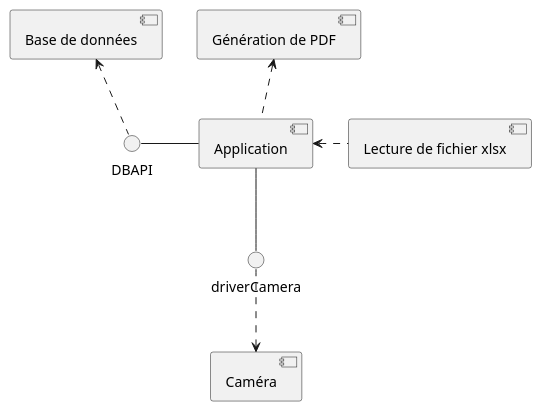
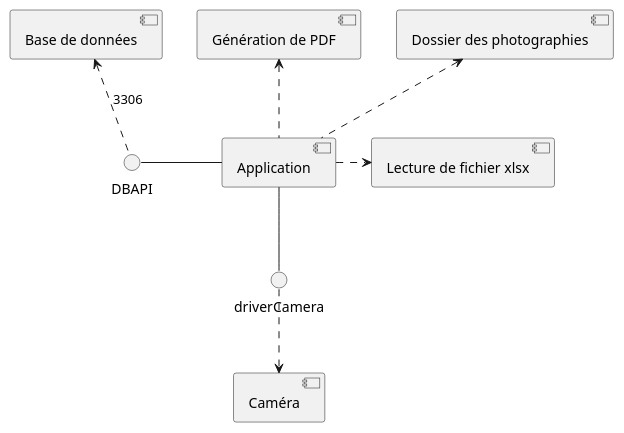
One commit to pandadorable/Trombinoscope changed the diagram in Diagrammes/composants.wsd. Above: the diagram before and after it, drawn with PlantUML.

Commit message:
fix : from csv to xlsx

```diff
--- a/Diagrammes/composants.wsd
+++ b/Diagrammes/composants.wsd
@@ -1,14 +1,16 @@
 @startuml Diagrame composants
 [Base de données]
 [Caméra]
+[Dossier des photographies] as dossier
 [Génération de PDF] as pdf
 [Lecture de fichier xlsx] as xls
 interface driverCamera
 
 DBAPI - [Application]
 driverCamera -up- [Application]
 driverCamera .down.> [Caméra]
-DBAPI .up.> [Base de données]
+DBAPI .up.> [Base de données] : 3306
 [Application] .up.> pdf
-[Application] <.right. xls
+[Application] .right.> xls
+[Application] .up.> dossier
 @enduml
```
